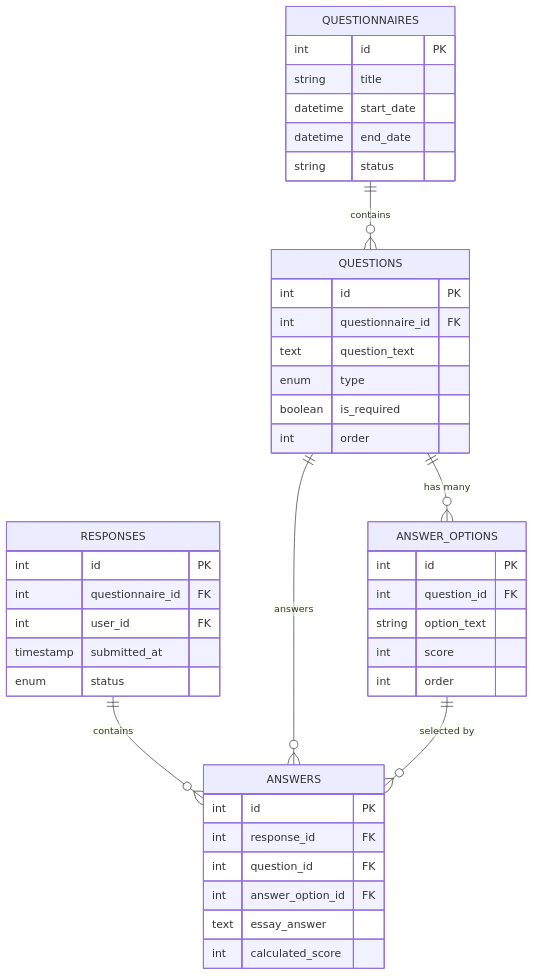
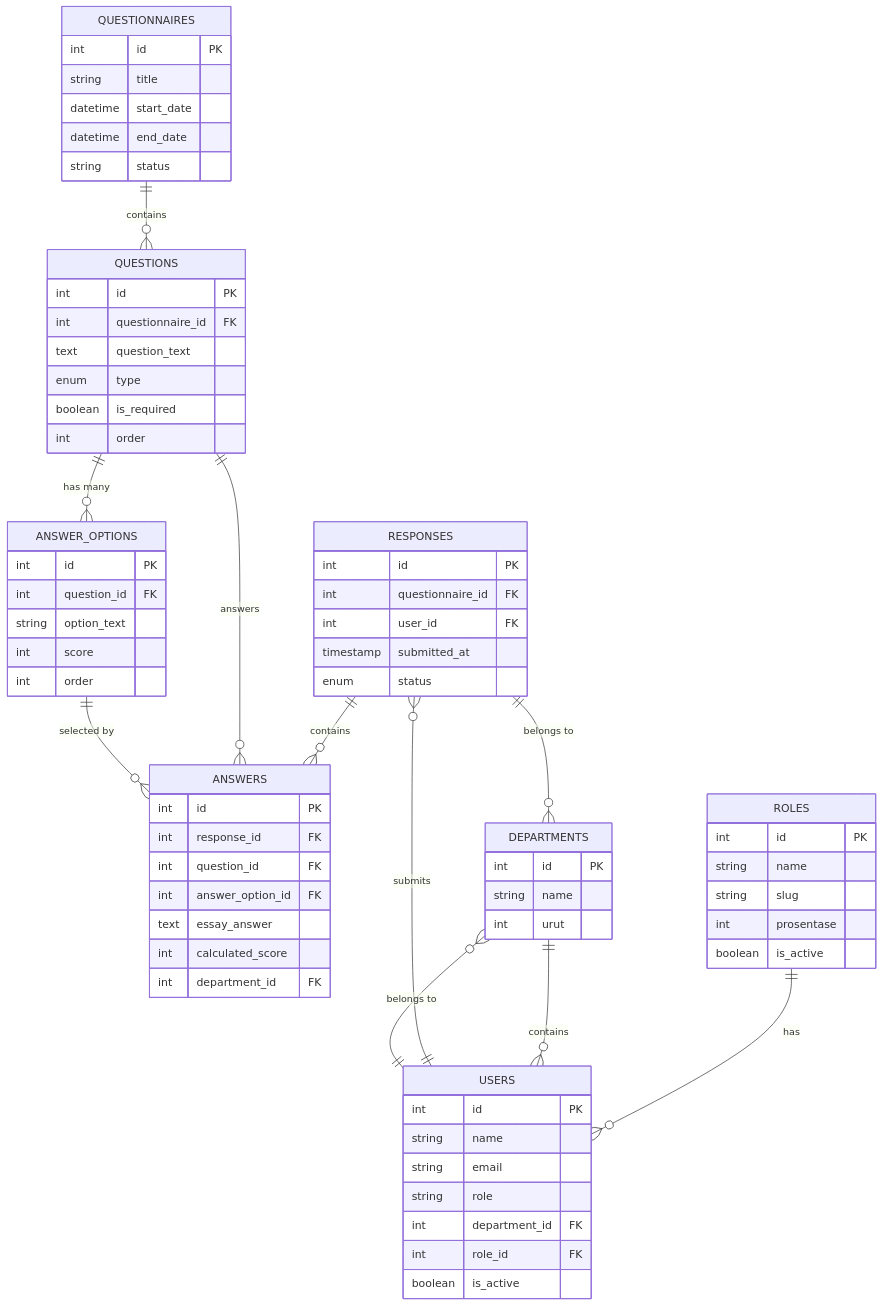
Before and after one commit to rudicatsmile/assesment360: the sixth of 7 diagrams in .qoder/repowiki/en/content/Core Features/Evaluation Workflows/Scoring Algorithm.md, drawn with Mermaid. The commit also changed other lines of this file and 6 other files, not shown here.

````diff
--- a/.qoder/repowiki/en/content/Core Features/Evaluation Workflows/Scoring Algorithm.md
+++ b/.qoder/repowiki/en/content/Core Features/Evaluation Workflows/Scoring Algorithm.md
@@ -231,45 +395,72 @@
 ```mermaid
 erDiagram
 QUESTIONNAIRES ||--o{ QUESTIONS : "contains"
 QUESTIONS ||--o{ ANSWER_OPTIONS : "has many"
 RESPONSES ||--o{ ANSWERS : "contains"
+RESPONSES ||--o{ DEPARTMENTS : "belongs to"
 QUESTIONS ||--o{ ANSWERS : "answers"
 ANSWER_OPTIONS ||--o{ ANSWERS : "selected by"
+USERS ||--o{ RESPONSES : "submits"
+USERS ||--o{ DEPARTMENTS : "belongs to"
+ROLES ||--o{ USERS : "has"
+DEPARTMENTS ||--o{ USERS : "contains"
 QUESTIONNAIRES {
 int id PK
 string title
 datetime start_date
 datetime end_date
 string status
 }
 QUESTIONS {
 int id PK
 int questionnaire_id FK
 text question_text
 enum type
 boolean is_required
 int order
 }
 ANSWER_OPTIONS {
 int id PK
 int question_id FK
 string option_text
 int score
 int order
 }
 RESPONSES {
 int id PK
 int questionnaire_id FK
 int user_id FK
 timestamp submitted_at
 enum status
 }
 ANSWERS {
 int id PK
 int response_id FK
 int question_id FK
 int answer_option_id FK
 text essay_answer
 int calculated_score
+int department_id FK
+}
+DEPARTMENTS {
+int id PK
+string name
+int urut
+}
+USERS {
+int id PK
+string name
+string email
+string role
+int department_id FK
+int role_id FK
+boolean is_active
+}
+ROLES {
+int id PK
+string name
+string slug
+int prosentase
+boolean is_active
 }
 ```
````
